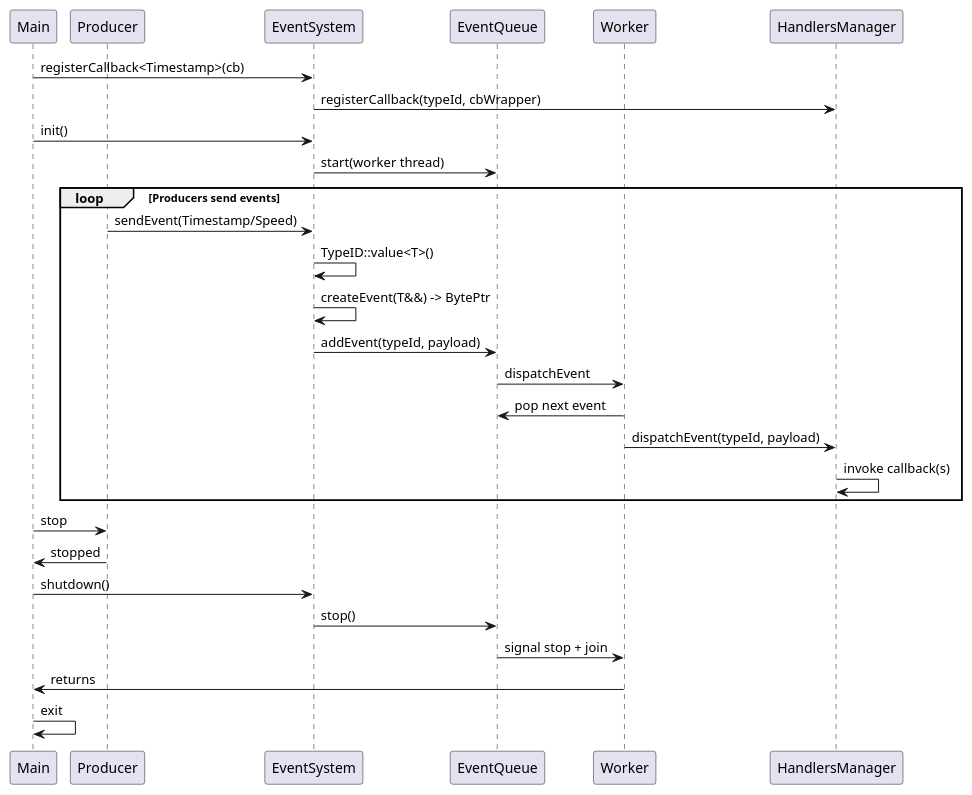
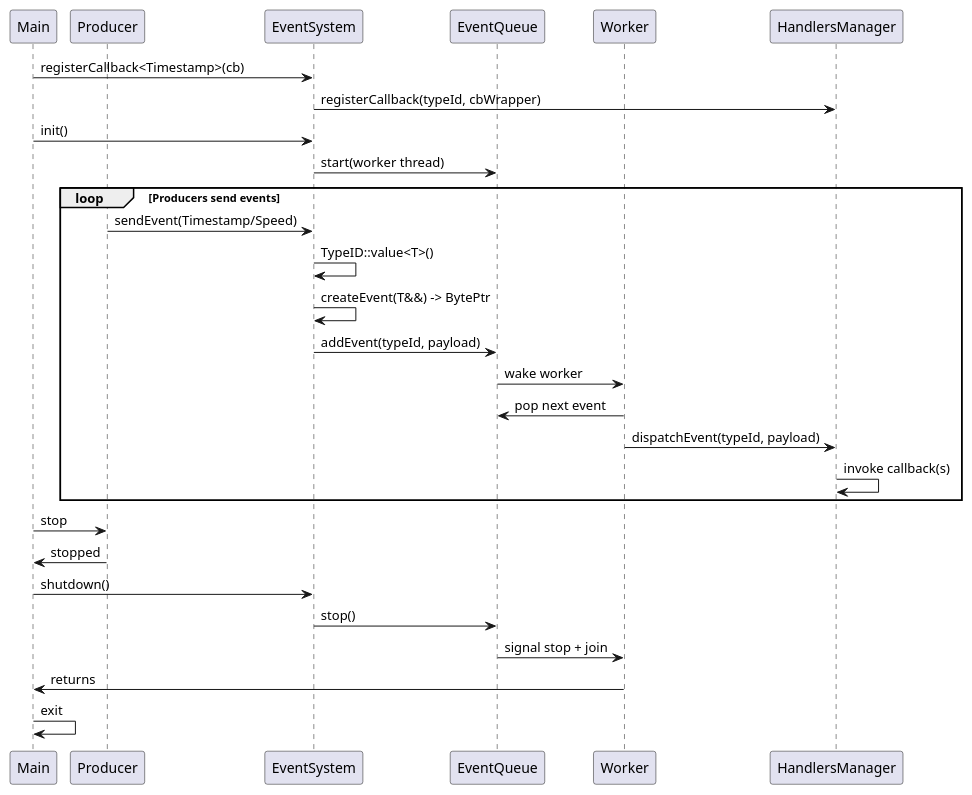
Before and after one commit to sergeykazuk/EventSystems: the diagram in DynamicEventSystems/diagrams/dynamic-sequence-diagram.puml, drawn with PlantUML. The commit also changed 51 other files, not shown here.

```diff
--- a/DynamicEventSystems/diagrams/dynamic-sequence-diagram.puml
+++ b/DynamicEventSystems/diagrams/dynamic-sequence-diagram.puml
@@ -1,32 +1,32 @@
 @startuml
 participant Main
 participant Producer as Prod
 participant EventSystem as ES
 participant EventQueue as Q
 participant Worker as W
 participant HandlersManager as HM
 
 Main -> ES: registerCallback<Timestamp>(cb)
 ES -> HM: registerCallback(typeId, cbWrapper)
 Main -> ES: init()
 ES -> Q: start(worker thread)
 
 loop Producers send events
   Prod -> ES: sendEvent(Timestamp/Speed)
   ES -> ES: TypeID::value<T>()
   ES -> ES: createEvent(T&&) -> BytePtr
   ES -> Q: addEvent(typeId, payload)
-  Q -> W: dispatchEvent
+  Q -> W: wake worker
   W -> Q: pop next event
   W -> HM: dispatchEvent(typeId, payload)
   HM -> HM: invoke callback(s)
 end
 
 Main -> Prod: stop
 Prod -> Main: stopped
 Main -> ES: shutdown()
 ES -> Q: stop()
 Q -> W: signal stop + join
 W -> Main: returns
 Main -> Main: exit
 @enduml
```
